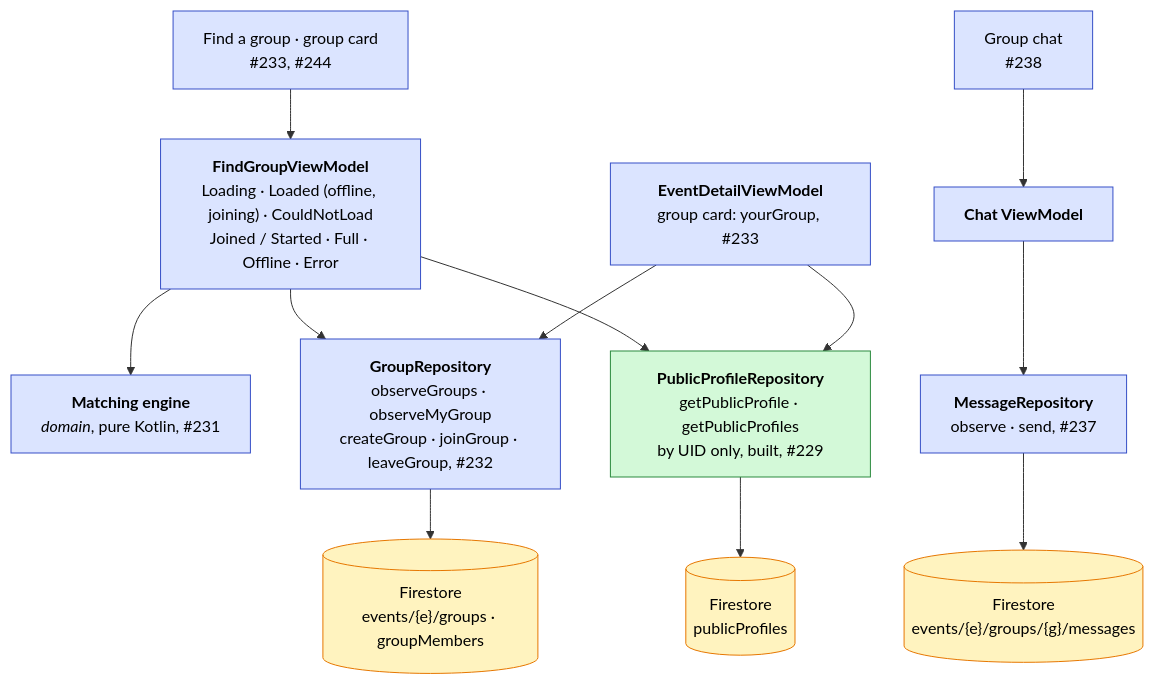
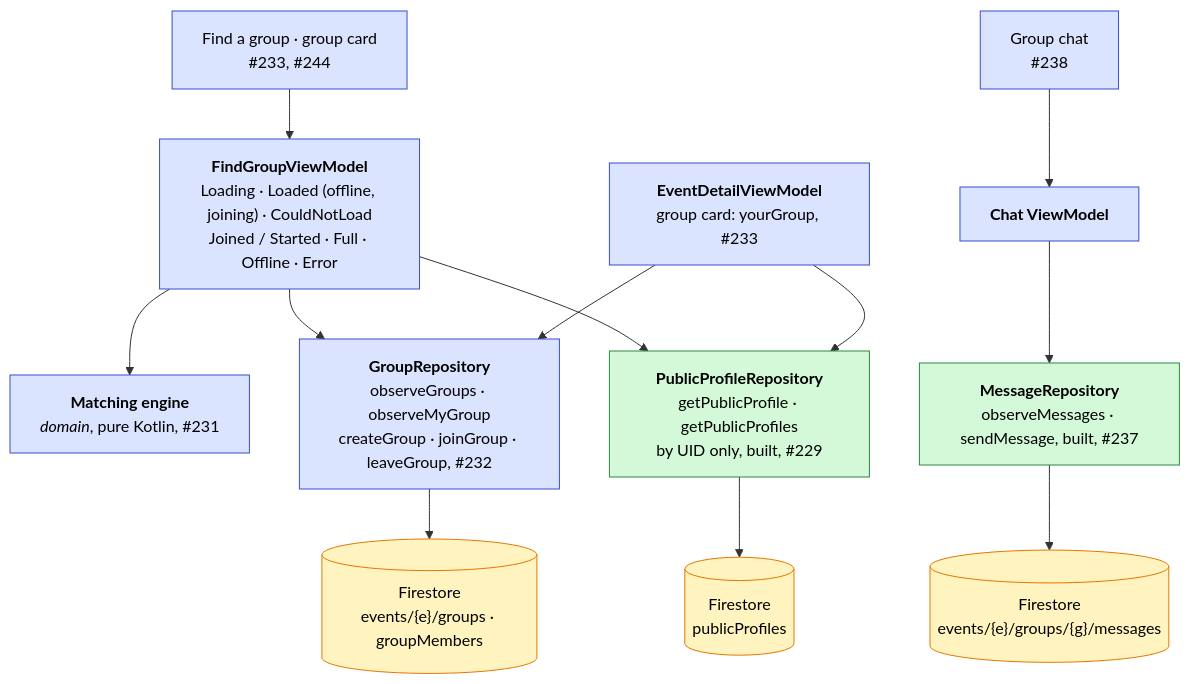
The sixth of 12 diagrams in docs/Architecture-Diagram.md (swent-polysocial/PolySocial), drawn with Mermaid before and after one commit. The commit also changed other lines of this file and 1 other file, not shown here.

First line of the commit message:
docs: record the group chat repository

````diff
--- a/docs/Architecture-Diagram.md
+++ b/docs/Architecture-Diagram.md
@@ -221,18 +222,18 @@
 ```mermaid
 flowchart TB
   classDef pb fill:#dbe4ff,stroke:#364fc7,color:#000
   classDef ext fill:#fff3bf,stroke:#e67700,color:#000
 
   classDef s1 fill:#d3f9d8,stroke:#2b8a3e,color:#000
 
   find["Find a group · group card<br/>#233, #244"]:::pb --> findVM["<b>FindGroupViewModel</b><br/>Loading · Loaded (offline, joining) · CouldNotLoad<br/>Joined / Started · Full · Offline · Error"]:::pb
   findVM --> match["<b>Matching engine</b><br/><i>domain</i>, pure Kotlin, #231"]:::pb
   findVM --> groups["<b>GroupRepository</b><br/>observeGroups · observeMyGroup<br/>createGroup · joinGroup · leaveGroup, #232"]:::pb
   findVM --> pub["<b>PublicProfileRepository</b><br/>getPublicProfile · getPublicProfiles<br/>by UID only, built, #229"]:::s1
   detailVM["<b>EventDetailViewModel</b><br/>group card: yourGroup, #233"]:::pb --> groups
   detailVM --> pub
-  chat["Group chat<br/>#238"]:::pb --> chatVM["<b>Chat ViewModel</b>"]:::pb --> msgs["<b>MessageRepository</b><br/>observe · send, #237"]:::pb
+  chat["Group chat<br/>#238"]:::pb --> chatVM["<b>Chat ViewModel</b>"]:::pb --> msgs["<b>MessageRepository</b><br/>observeMessages · sendMessage, built, #237"]:::s1
   groups --> fs[("Firestore<br/>events/{e}/groups · groupMembers")]:::ext
   pub --> fs2[("Firestore<br/>publicProfiles")]:::ext
   msgs --> fs3[("Firestore<br/>events/{e}/groups/{g}/messages")]:::ext
 ```
````
